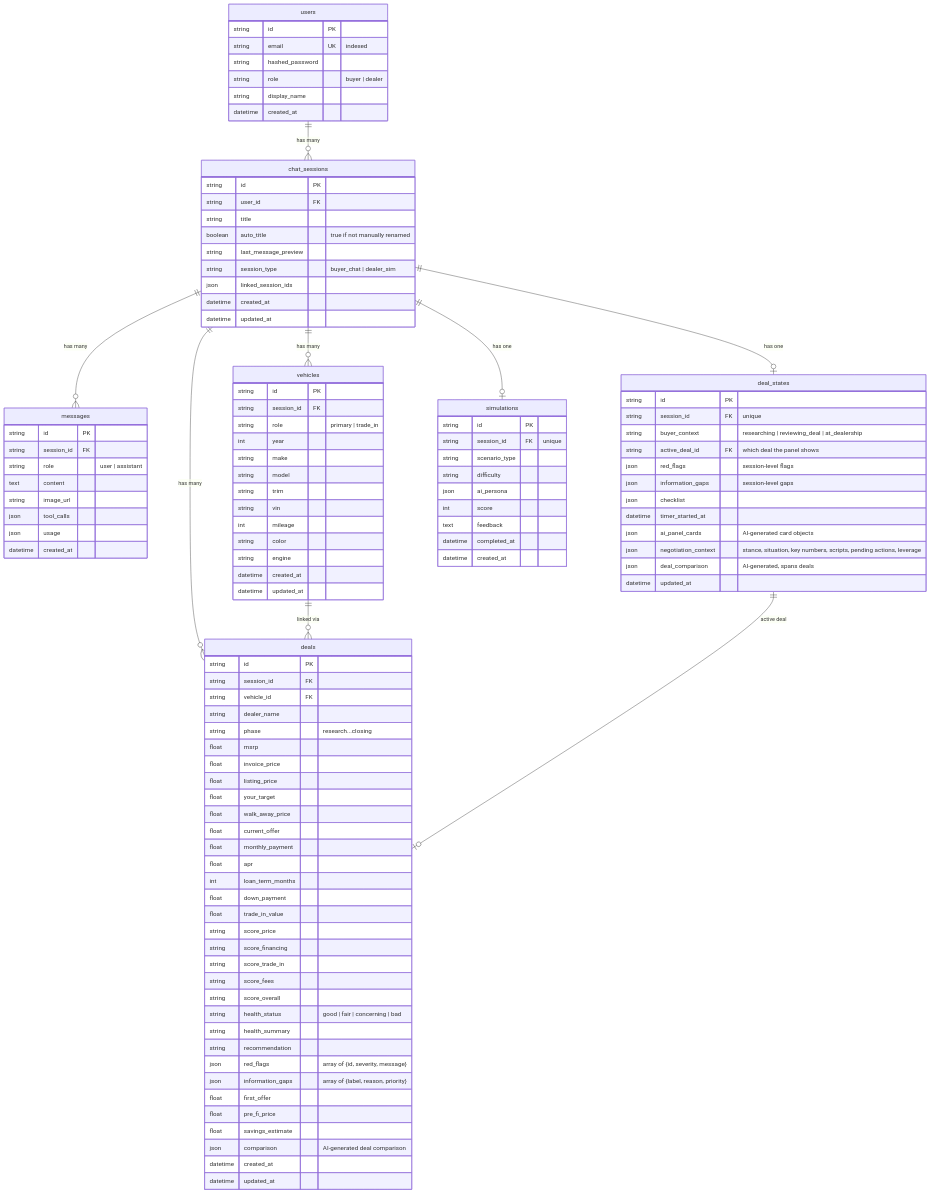
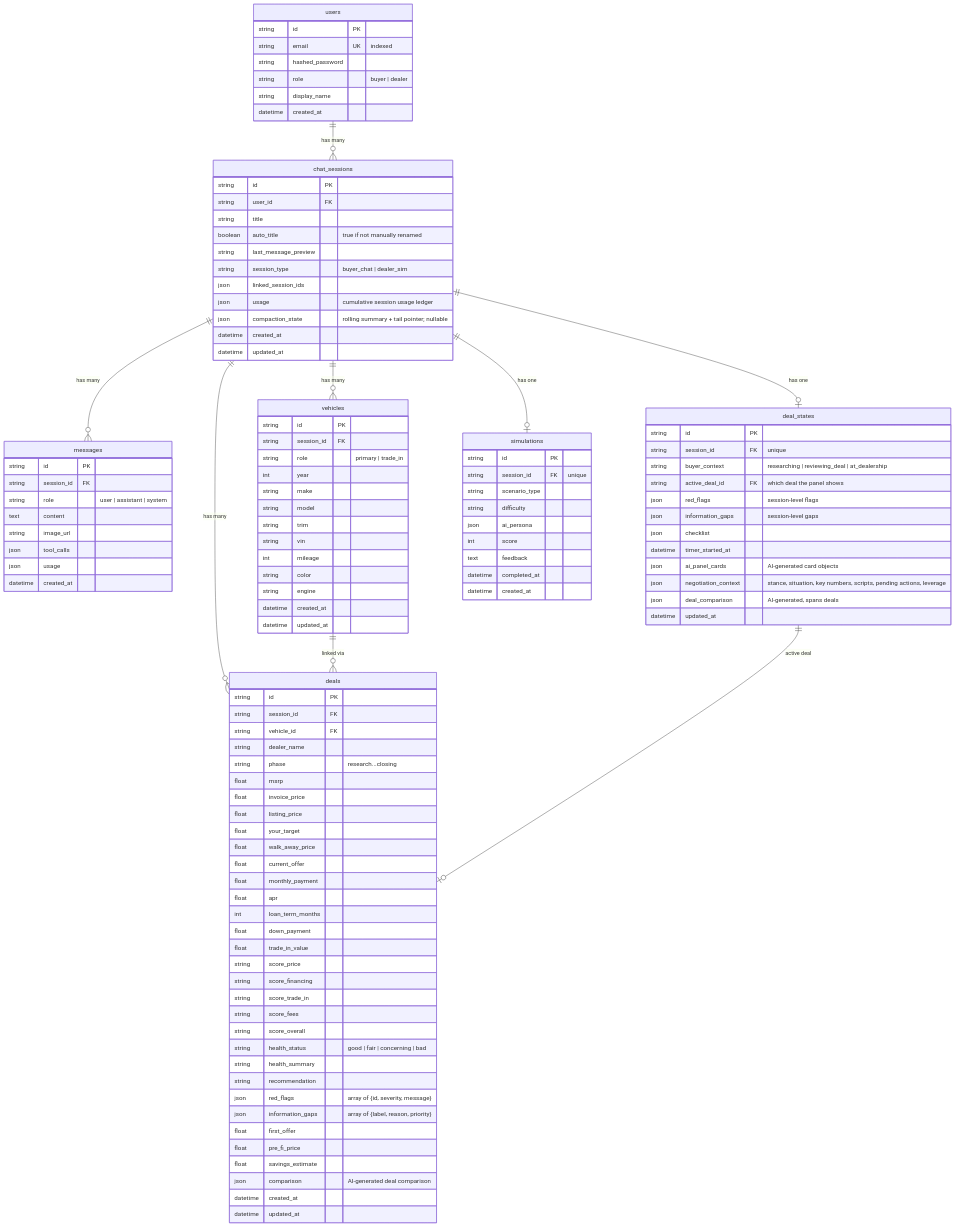
Before and after one commit to kramersmith/dealership-ai: the second of 2 diagrams in docs/TRD.md, drawn with Mermaid. The commit also changed other lines of this file and 29 other files, not shown here.

```diff
--- a/docs/TRD.md
+++ b/docs/TRD.md
@@ -341,6 +352,8 @@
         string last_message_preview
         string session_type "buyer_chat | dealer_sim"
         json linked_session_ids
+        json usage "cumulative session usage ledger"
+        json compaction_state "rolling summary + tail pointer; nullable"
         datetime created_at
         datetime updated_at
     }
@@ -348,7 +361,7 @@
     messages {
         string id PK
         string session_id FK
-        string role "user | assistant"
+        string role "user | assistant | system"
         text content
         string image_url
         json tool_calls
```
